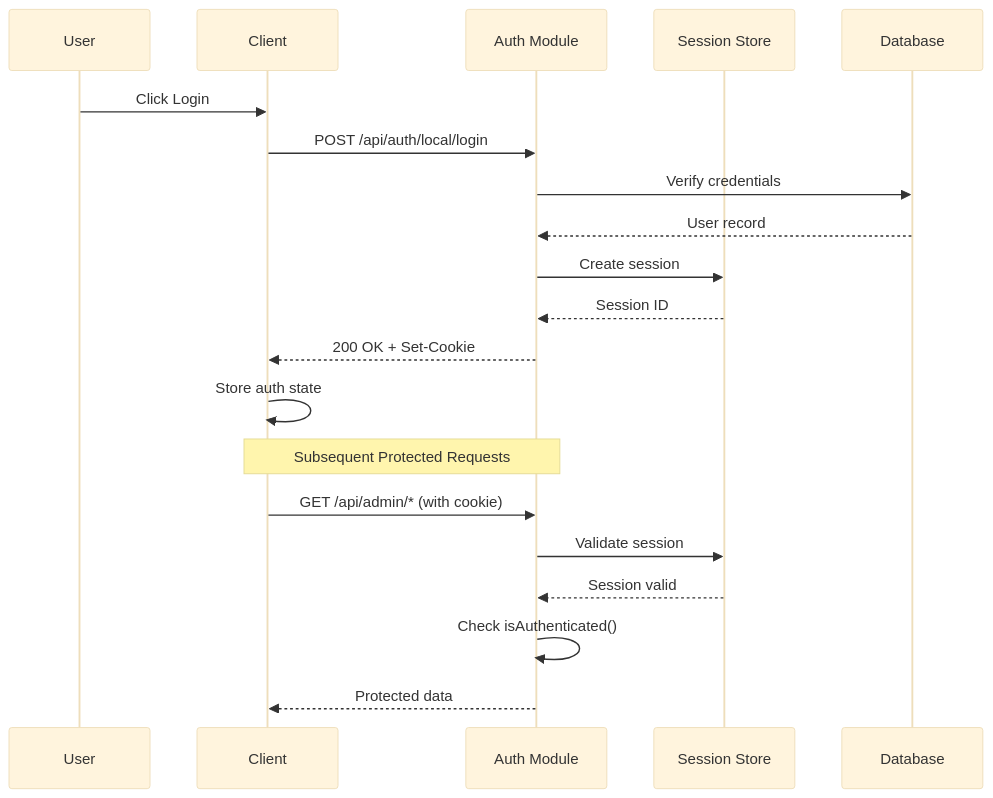
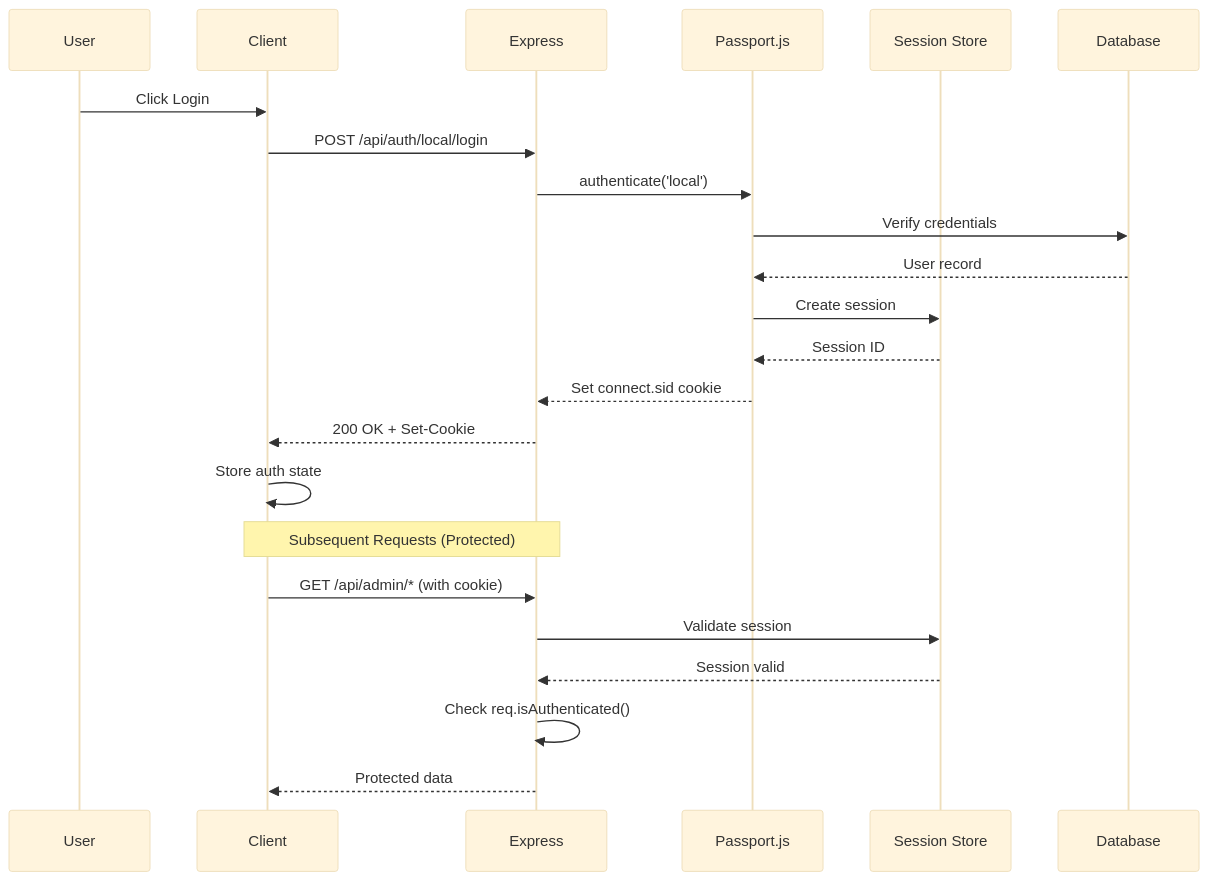
One commit to krzemienski/awesome-list-site changed the fifth of 7 diagrams in docs/ARCHITECTURE.md. Above: the diagram before and after it, drawn with Mermaid (base theme). The commit also changed other lines of this file and 22 other files, not shown here.

````diff
--- a/docs/ARCHITECTURE.md
+++ b/docs/ARCHITECTURE.md
@@ -572,24 +262,27 @@
 ```mermaid
 sequenceDiagram
     participant U as User
     participant C as Client
-    participant A as Auth Module
+    participant E as Express
+    participant P as Passport.js
     participant S as Session Store
     participant DB as Database
 
     U->>C: Click Login
-    C->>A: POST /api/auth/local/login
-    A->>DB: Verify credentials
-    DB-->>A: User record
-    A->>S: Create session
-    S-->>A: Session ID
-    A-->>C: 200 OK + Set-Cookie
+    C->>E: POST /api/auth/local/login
+    E->>P: authenticate('local')
+    P->>DB: Verify credentials
+    DB-->>P: User record
+    P->>S: Create session
+    S-->>P: Session ID
+    P-->>E: Set connect.sid cookie
+    E-->>C: 200 OK + Set-Cookie
     C->>C: Store auth state
 
-    Note over C,A: Subsequent Protected Requests
-    C->>A: GET /api/admin/* (with cookie)
-    A->>S: Validate session
-    S-->>A: Session valid
-    A->>A: Check isAuthenticated()
-    A-->>C: Protected data
+    Note over C,E: Subsequent Requests (Protected)
+    C->>E: GET /api/admin/* (with cookie)
+    E->>S: Validate session
+    S-->>E: Session valid
+    E->>E: Check req.isAuthenticated()
+    E-->>C: Protected data
 ```
````
